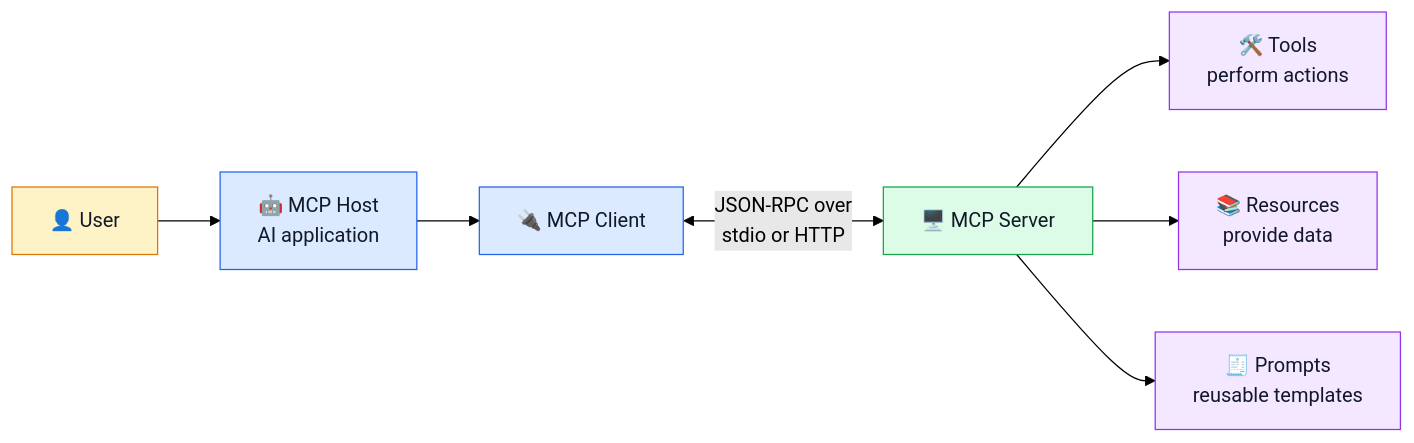
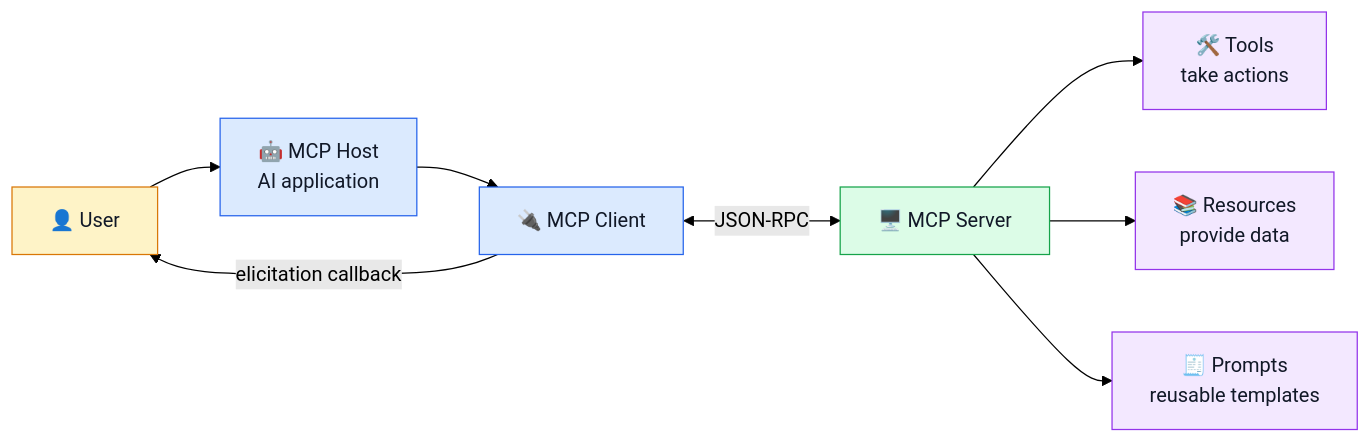
Before and after one commit to cakhiltej9001-source/stateless-mcp-python-demo: the first of 3 diagrams in README.md, drawn with Mermaid (forest theme). The commit also changed other lines of this file and 5 other files, not shown here.

````diff
--- a/README.md
+++ b/README.md
@@ -52,18 +39,19 @@
 ```mermaid
 flowchart LR
     U[👤 User] --> H[🤖 MCP Host<br/>AI application]
     H --> C[🔌 MCP Client]
-    C <-->|JSON-RPC over<br/>stdio or HTTP| S[🖥️ MCP Server]
-    S --> T[🛠️ Tools<br/>perform actions]
+    C <-->|JSON-RPC| S[🖥️ MCP Server]
+    S --> T[🛠️ Tools<br/>take actions]
     S --> R[📚 Resources<br/>provide data]
     S --> P[🧾 Prompts<br/>reusable templates]
+    C -->|elicitation callback| U
 
     classDef user fill:#fef3c7,stroke:#d97706,color:#111827
     classDef app fill:#dbeafe,stroke:#2563eb,color:#111827
     classDef server fill:#dcfce7,stroke:#16a34a,color:#111827
-    classDef primitive fill:#f3e8ff,stroke:#9333ea,color:#111827
+    classDef feature fill:#f3e8ff,stroke:#9333ea,color:#111827
     class U user
     class H,C app
     class S server
-    class T,R,P primitive
+    class T,R,P feature
 ```
````
